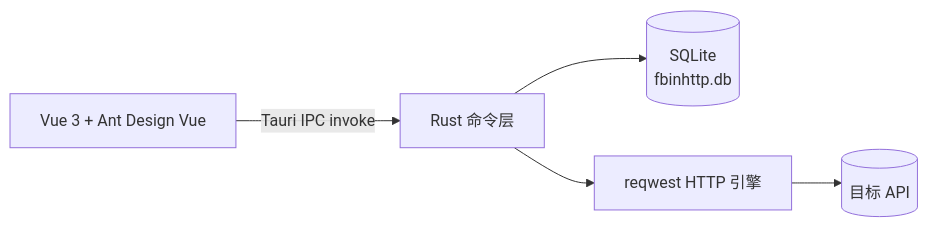
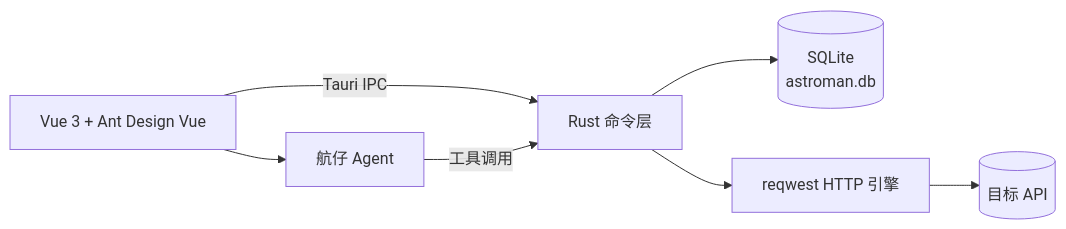
The diagram in README.md (Wayward-GOU/AstroMan), drawn with Mermaid before and after one commit. The commit also changed other lines of this file and 92 other files, not shown here.

````diff
--- a/README.md
+++ b/README.md
@@ -95,7 +86,9 @@
 ```mermaid
 graph LR
-    UI["Vue 3 + Ant Design Vue"] -->|"Tauri IPC invoke"| CMD["Rust 命令层"]
-    CMD --> DB[("SQLite<br/>fbinhttp.db")]
+    UI["Vue 3 + Ant Design Vue"] -->|"Tauri IPC"| CMD["Rust 命令层"]
+    CMD --> DB[("SQLite<br/>astroman.db")]
     CMD --> HTTP["reqwest HTTP 引擎"]
     HTTP --> TARGET[("目标 API")]
+    UI --> AGENT["航仔 Agent"]
+    AGENT -->|"工具调用"| CMD
 ```
````
